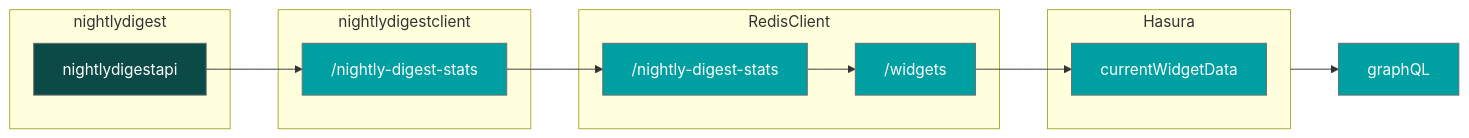
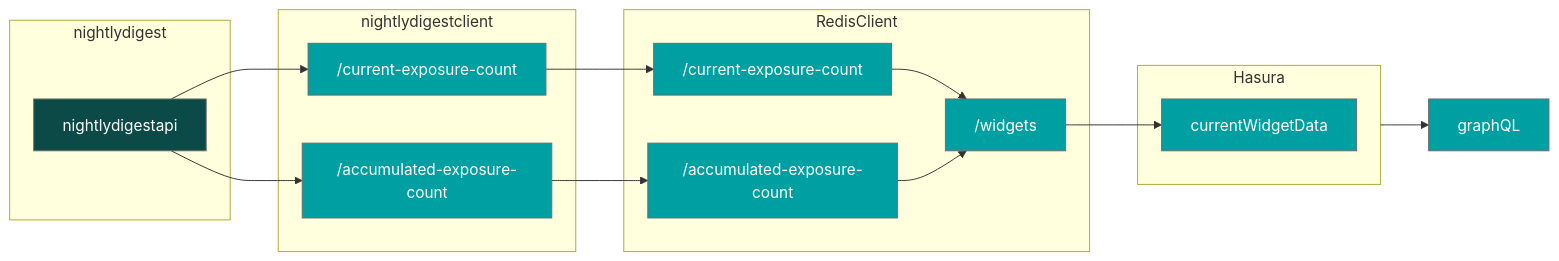
Before and after one commit to lsst-epo/nightly-digest-client-function: the diagram in README.md, drawn with Mermaid. The commit also changed other lines of this file, not shown here.

````diff
--- a/README.md
+++ b/README.md
@@ -8,35 +8,38 @@
 ```mermaid
 graph LR
 
     classDef person fill:#D9F7F6,stroke:#6A6E6E,color:#1F2121
     classDef system fill:#B1F2EF,stroke:#6A6E6E,color:#1F2121
     classDef container fill:#009FA1,stroke:#6A6E6E,color:#ffffff
     classDef external fill:#0C4A47,stroke:#6A6E6E,color:#ffffff
 
     subgraph RedisClient
-        nightly-digest-stats["/nightly-digest-stats"]-->widgetsStats["/widgets"]
+        current-stats["/current-exposure-count"]-->widgetsStats["/widgets"]
+        accumulated-stats["/accumulated-exposure-count"]-->widgetsStats["/widgets"]
         
     end
 
 
     subgraph nightlydigest
         nightlydigestapi
     end
 
     subgraph nightlydigestclient
-        nightlydigest-stats["/nightly-digest-stats"]
+        current-exposure-count["/current-exposure-count"]
+        accumulated-exposure-count["/accumulated-exposure-count"]
     end
 
     subgraph Hasura
         currentWidgetData
         
     end
-    nightlydigestapi-->nightlydigest-stats-->nightly-digest-stats
+    nightlydigestapi-->current-exposure-count-->current-stats
+    nightlydigestapi-->accumulated-exposure-count-->accumulated-stats
     widgetsStats-->currentWidgetData
     Hasura-->graphQL
 
-    class nightly-digest-stats,nightlydigest-stats,widgetsStats,currentWidgetData,graphQL container
+    class nightly-digest-stats,current-exposure-count,accumulated-exposure-count,current-stats,accumulated-stats,widgetsStats,currentWidgetData,graphQL container
     class nightlydigestapi external
 
     
 ```
````
